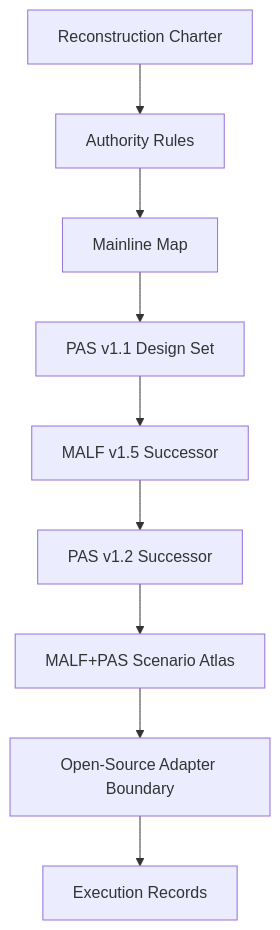
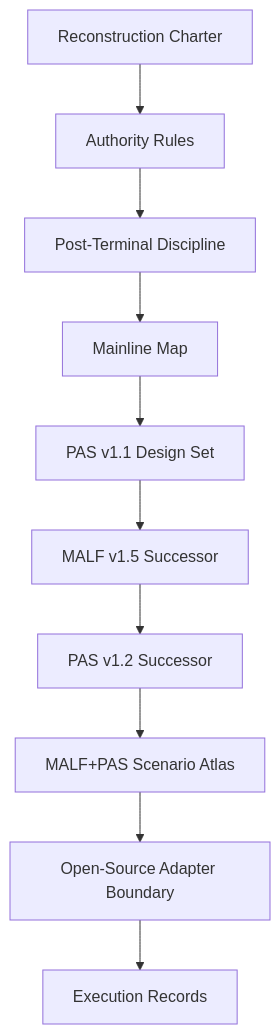
One commit to everything-is-simple/Malf-Pas changed the diagram in docs/README.md. Above: the diagram before and after it, drawn with Mermaid. The commit also changed other lines of this file and 11 other files, not shown here.

Commit message:
governance: freeze post-terminal roadmap discipline

````diff
--- a/docs/README.md
+++ b/docs/README.md
@@ -5,11 +5,12 @@
 ```mermaid
 flowchart TD
     A[Reconstruction Charter] --> B[Authority Rules]
-    B --> C[Mainline Map]
-    C --> D[PAS v1.1 Design Set]
-    D --> E[MALF v1.5 Successor]
-    E --> F[PAS v1.2 Successor]
-    F --> G[MALF+PAS Scenario Atlas]
-    G --> H[Open-Source Adapter Boundary]
-    H --> I[Execution Records]
+    B --> C[Post-Terminal Discipline]
+    C --> D[Mainline Map]
+    D --> E[PAS v1.1 Design Set]
+    E --> F[MALF v1.5 Successor]
+    F --> G[PAS v1.2 Successor]
+    G --> H[MALF+PAS Scenario Atlas]
+    H --> I[Open-Source Adapter Boundary]
+    I --> J[Execution Records]
 ```
````
